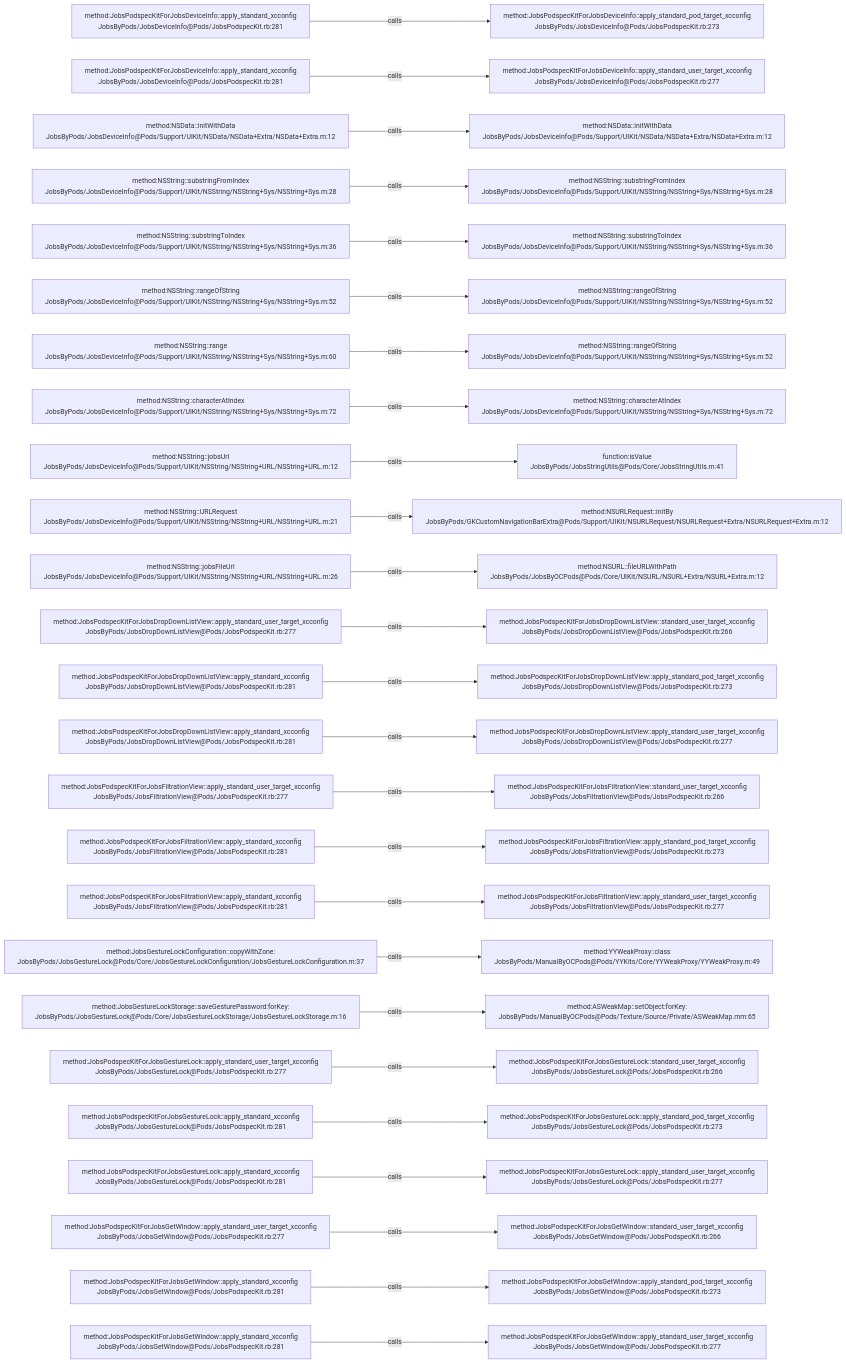
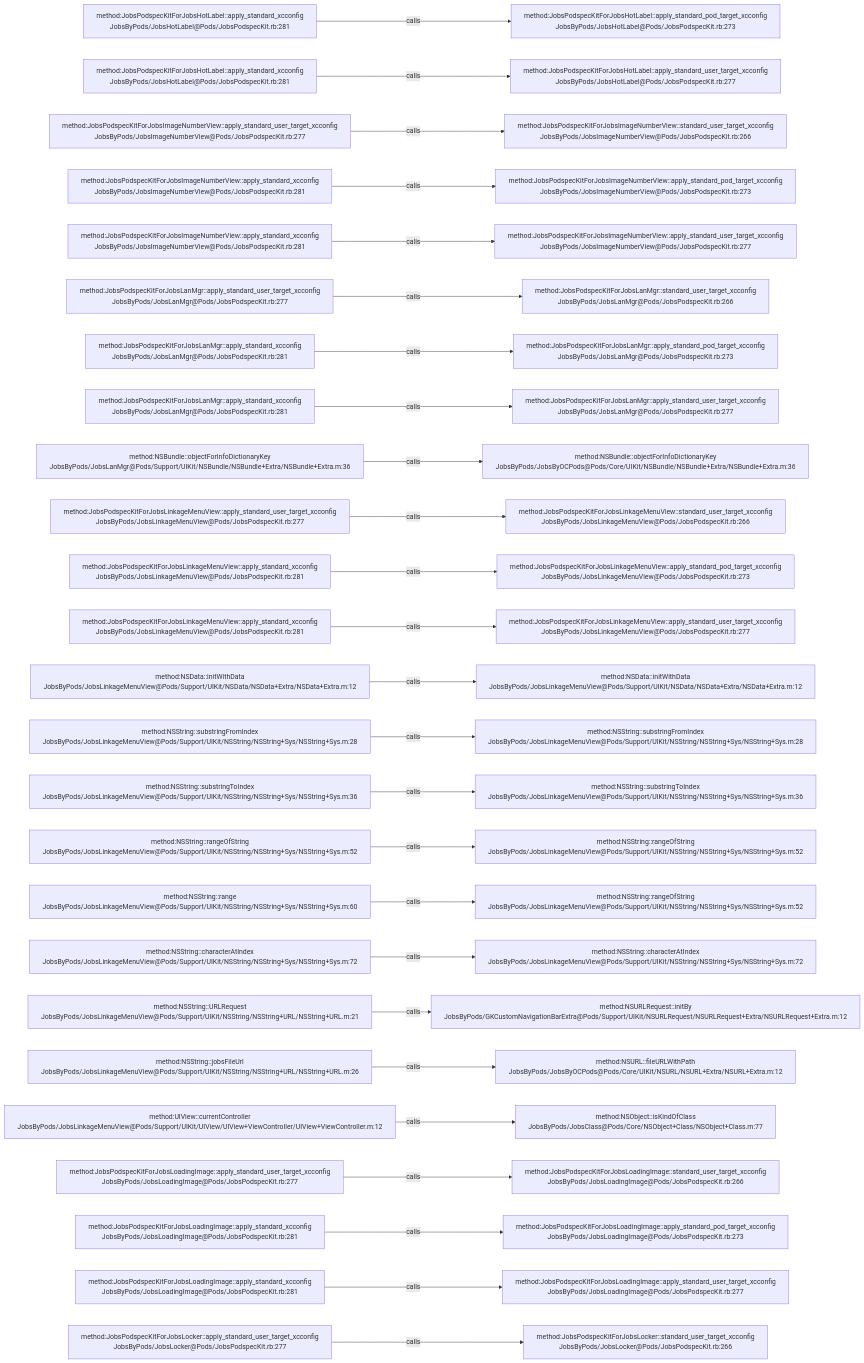
The diagram in .codegraph/codegraph.md/graphs/calls-009.md (JobsKits/JobsOCBaseConfigDemo), drawn with Mermaid before and after one commit. The commit also changed 1353 other files, not shown here.

````diff
--- a/.codegraph/codegraph.md/graphs/calls-009.md
+++ b/.codegraph/codegraph.md/graphs/calls-009.md
@@ -13,78 +13,78 @@
 ```mermaid
 flowchart LR
-  S1["method:JobsPodspecKitForJobsDeviceInfo::apply_standard_xcconfig<br/>JobsByPods/JobsDeviceInfo@Pods/JobsPodspecKit.rb:281"]
-  T1["method:JobsPodspecKitForJobsDeviceInfo::apply_standard_pod_target_xcconfig<br/>JobsByPods/JobsDeviceInfo@Pods/JobsPodspecKit.rb:273"]
+  S1["method:JobsPodspecKitForJobsHotLabel::apply_standard_xcconfig<br/>JobsByPods/JobsHotLabel@Pods/JobsPodspecKit.rb:281"]
+  T1["method:JobsPodspecKitForJobsHotLabel::apply_standard_pod_target_xcconfig<br/>JobsByPods/JobsHotLabel@Pods/JobsPodspecKit.rb:273"]
   S1 -->|calls| T1
-  S2["method:JobsPodspecKitForJobsDeviceInfo::apply_standard_xcconfig<br/>JobsByPods/JobsDeviceInfo@Pods/JobsPodspecKit.rb:281"]
-  T2["method:JobsPodspecKitForJobsDeviceInfo::apply_standard_user_target_xcconfig<br/>JobsByPods/JobsDeviceInfo@Pods/JobsPodspecKit.rb:277"]
+  S2["method:JobsPodspecKitForJobsHotLabel::apply_standard_xcconfig<br/>JobsByPods/JobsHotLabel@Pods/JobsPodspecKit.rb:281"]
+  T2["method:JobsPodspecKitForJobsHotLabel::apply_standard_user_target_xcconfig<br/>JobsByPods/JobsHotLabel@Pods/JobsPodspecKit.rb:277"]
   S2 -->|calls| T2
-  S3["method:NSData::initWithData<br/>JobsByPods/JobsDeviceInfo@Pods/Support/UIKit/NSData/NSData+Extra/NSData+Extra.m:12"]
-  T3["method:NSData::initWithData<br/>JobsByPods/JobsDeviceInfo@Pods/Support/UIKit/NSData/NSData+Extra/NSData+Extra.m:12"]
+  S3["method:JobsPodspecKitForJobsImageNumberView::apply_standard_user_target_xcconfig<br/>JobsByPods/JobsImageNumberView@Pods/JobsPodspecKit.rb:277"]
+  T3["method:JobsPodspecKitForJobsImageNumberView::standard_user_target_xcconfig<br/>JobsByPods/JobsImageNumberView@Pods/JobsPodspecKit.rb:266"]
   S3 -->|calls| T3
-  S4["method:NSString::substringFromIndex<br/>JobsByPods/JobsDeviceInfo@Pods/Support/UIKit/NSString/NSString+Sys/NSString+Sys.m:28"]
-  T4["method:NSString::substringFromIndex<br/>JobsByPods/JobsDeviceInfo@Pods/Support/UIKit/NSString/NSString+Sys/NSString+Sys.m:28"]
+  S4["method:JobsPodspecKitForJobsImageNumberView::apply_standard_xcconfig<br/>JobsByPods/JobsImageNumberView@Pods/JobsPodspecKit.rb:281"]
+  T4["method:JobsPodspecKitForJobsImageNumberView::apply_standard_pod_target_xcconfig<br/>JobsByPods/JobsImageNumberView@Pods/JobsPodspecKit.rb:273"]
   S4 -->|calls| T4
-  S5["method:NSString::substringToIndex<br/>JobsByPods/JobsDeviceInfo@Pods/Support/UIKit/NSString/NSString+Sys/NSString+Sys.m:36"]
-  T5["method:NSString::substringToIndex<br/>JobsByPods/JobsDeviceInfo@Pods/Support/UIKit/NSString/NSString+Sys/NSString+Sys.m:36"]
+  S5["method:JobsPodspecKitForJobsImageNumberView::apply_standard_xcconfig<br/>JobsByPods/JobsImageNumberView@Pods/JobsPodspecKit.rb:281"]
+  T5["method:JobsPodspecKitForJobsImageNumberView::apply_standard_user_target_xcconfig<br/>JobsByPods/JobsImageNumberView@Pods/JobsPodspecKit.rb:277"]
   S5 -->|calls| T5
-  S6["method:NSString::rangeOfString<br/>JobsByPods/JobsDeviceInfo@Pods/Support/UIKit/NSString/NSString+Sys/NSString+Sys.m:52"]
-  T6["method:NSString::rangeOfString<br/>JobsByPods/JobsDeviceInfo@Pods/Support/UIKit/NSString/NSString+Sys/NSString+Sys.m:52"]
+  S6["method:JobsPodspecKitForJobsLanMgr::apply_standard_user_target_xcconfig<br/>JobsByPods/JobsLanMgr@Pods/JobsPodspecKit.rb:277"]
+  T6["method:JobsPodspecKitForJobsLanMgr::standard_user_target_xcconfig<br/>JobsByPods/JobsLanMgr@Pods/JobsPodspecKit.rb:266"]
   S6 -->|calls| T6
-  S7["method:NSString::range<br/>JobsByPods/JobsDeviceInfo@Pods/Support/UIKit/NSString/NSString+Sys/NSString+Sys.m:60"]
-  T7["method:NSString::rangeOfString<br/>JobsByPods/JobsDeviceInfo@Pods/Support/UIKit/NSString/NSString+Sys/NSString+Sys.m:52"]
+  S7["method:JobsPodspecKitForJobsLanMgr::apply_standard_xcconfig<br/>JobsByPods/JobsLanMgr@Pods/JobsPodspecKit.rb:281"]
+  T7["method:JobsPodspecKitForJobsLanMgr::apply_standard_pod_target_xcconfig<br/>JobsByPods/JobsLanMgr@Pods/JobsPodspecKit.rb:273"]
   S7 -->|calls| T7
-  S8["method:NSString::characterAtIndex<br/>JobsByPods/JobsDeviceInfo@Pods/Support/UIKit/NSString/NSString+Sys/NSString+Sys.m:72"]
-  T8["method:NSString::characterAtIndex<br/>JobsByPods/JobsDeviceInfo@Pods/Support/UIKit/NSString/NSString+Sys/NSString+Sys.m:72"]
+  S8["method:JobsPodspecKitForJobsLanMgr::apply_standard_xcconfig<br/>JobsByPods/JobsLanMgr@Pods/JobsPodspecKit.rb:281"]
+  T8["method:JobsPodspecKitForJobsLanMgr::apply_standard_user_target_xcconfig<br/>JobsByPods/JobsLanMgr@Pods/JobsPodspecKit.rb:277"]
   S8 -->|calls| T8
-  S9["method:NSString::jobsUrl<br/>JobsByPods/JobsDeviceInfo@Pods/Support/UIKit/NSString/NSString+URL/NSString+URL.m:12"]
-  T9["function:isValue<br/>JobsByPods/JobsStringUtils@Pods/Core/JobsStringUtils.m:41"]
+  S9["method:NSBundle::objectForInfoDictionaryKey<br/>JobsByPods/JobsLanMgr@Pods/Support/UIKit/NSBundle/NSBundle+Extra/NSBundle+Extra.m:36"]
+  T9["method:NSBundle::objectForInfoDictionaryKey<br/>JobsByPods/JobsByOCPods@Pods/Core/UIKit/NSBundle/NSBundle+Extra/NSBundle+Extra.m:36"]
   S9 -->|calls| T9
-  S10["method:NSString::URLRequest<br/>JobsByPods/JobsDeviceInfo@Pods/Support/UIKit/NSString/NSString+URL/NSString+URL.m:21"]
-  T10["method:NSURLRequest::initBy<br/>JobsByPods/GKCustomNavigationBarExtra@Pods/Support/UIKit/NSURLRequest/NSURLRequest+Extra/NSURLRequest+Extra.m:12"]
+  S10["method:JobsPodspecKitForJobsLinkageMenuView::apply_standard_user_target_xcconfig<br/>JobsByPods/JobsLinkageMenuView@Pods/JobsPodspecKit.rb:277"]
+  T10["method:JobsPodspecKitForJobsLinkageMenuView::standard_user_target_xcconfig<br/>JobsByPods/JobsLinkageMenuView@Pods/JobsPodspecKit.rb:266"]
   S10 -->|calls| T10
-  S11["method:NSString::jobsFileUrl<br/>JobsByPods/JobsDeviceInfo@Pods/Support/UIKit/NSString/NSString+URL/NSString+URL.m:26"]
-  T11["method:NSURL::fileURLWithPath<br/>JobsByPods/JobsByOCPods@Pods/Core/UIKit/NSURL/NSURL+Extra/NSURL+Extra.m:12"]
+  S11["method:JobsPodspecKitForJobsLinkageMenuView::apply_standard_xcconfig<br/>JobsByPods/JobsLinkageMenuView@Pods/JobsPodspecKit.rb:281"]
+  T11["method:JobsPodspecKitForJobsLinkageMenuView::apply_standard_pod_target_xcconfig<br/>JobsByPods/JobsLinkageMenuView@Pods/JobsPodspecKit.rb:273"]
   S11 -->|calls| T11
-  S12["method:JobsPodspecKitForJobsDropDownListView::apply_standard_user_target_xcconfig<br/>JobsByPods/JobsDropDownListView@Pods/JobsPodspecKit.rb:277"]
-  T12["method:JobsPodspecKitForJobsDropDownListView::standard_user_target_xcconfig<br/>JobsByPods/JobsDropDownListView@Pods/JobsPodspecKit.rb:266"]
+  S12["method:JobsPodspecKitForJobsLinkageMenuView::apply_standard_xcconfig<br/>JobsByPods/JobsLinkageMenuView@Pods/JobsPodspecKit.rb:281"]
+  T12["method:JobsPodspecKitForJobsLinkageMenuView::apply_standard_user_target_xcconfig<br/>JobsByPods/JobsLinkageMenuView@Pods/JobsPodspecKit.rb:277"]
   S12 -->|calls| T12
-  S13["method:JobsPodspecKitForJobsDropDownListView::apply_standard_xcconfig<br/>JobsByPods/JobsDropDownListView@Pods/JobsPodspecKit.rb:281"]
-  T13["method:JobsPodspecKitForJobsDropDownListView::apply_standard_pod_target_xcconfig<br/>JobsByPods/JobsDropDownListView@Pods/JobsPodspecKit.rb:273"]
+  S13["method:NSData::initWithData<br/>JobsByPods/JobsLinkageMenuView@Pods/Support/UIKit/NSData/NSData+Extra/NSData+Extra.m:12"]
+  T13["method:NSData::initWithData<br/>JobsByPods/JobsLinkageMenuView@Pods/Support/UIKit/NSData/NSData+Extra/NSData+Extra.m:12"]
   S13 -->|calls| T13
-  S14["method:JobsPodspecKitForJobsDropDownListView::apply_standard_xcconfig<br/>JobsByPods/JobsDropDownListView@Pods/JobsPodspecKit.rb:281"]
-  T14["method:JobsPodspecKitForJobsDropDownListView::apply_standard_user_target_xcconfig<br/>JobsByPods/JobsDropDownListView@Pods/JobsPodspecKit.rb:277"]
+  S14["method:NSString::substringFromIndex<br/>JobsByPods/JobsLinkageMenuView@Pods/Support/UIKit/NSString/NSString+Sys/NSString+Sys.m:28"]
+  T14["method:NSString::substringFromIndex<br/>JobsByPods/JobsLinkageMenuView@Pods/Support/UIKit/NSString/NSString+Sys/NSString+Sys.m:28"]
   S14 -->|calls| T14
-  S15["method:JobsPodspecKitForJobsFiltrationView::apply_standard_user_target_xcconfig<br/>JobsByPods/JobsFiltrationView@Pods/JobsPodspecKit.rb:277"]
-  T15["method:JobsPodspecKitForJobsFiltrationView::standard_user_target_xcconfig<br/>JobsByPods/JobsFiltrationView@Pods/JobsPodspecKit.rb:266"]
+  S15["method:NSString::substringToIndex<br/>JobsByPods/JobsLinkageMenuView@Pods/Support/UIKit/NSString/NSString+Sys/NSString+Sys.m:36"]
+  T15["method:NSString::substringToIndex<br/>JobsByPods/JobsLinkageMenuView@Pods/Support/UIKit/NSString/NSString+Sys/NSString+Sys.m:36"]
   S15 -->|calls| T15
-  S16["method:JobsPodspecKitForJobsFiltrationView::apply_standard_xcconfig<br/>JobsByPods/JobsFiltrationView@Pods/JobsPodspecKit.rb:281"]
-  T16["method:JobsPodspecKitForJobsFiltrationView::apply_standard_pod_target_xcconfig<br/>JobsByPods/JobsFiltrationView@Pods/JobsPodspecKit.rb:273"]
+  S16["method:NSString::rangeOfString<br/>JobsByPods/JobsLinkageMenuView@Pods/Support/UIKit/NSString/NSString+Sys/NSString+Sys.m:52"]
+  T16["method:NSString::rangeOfString<br/>JobsByPods/JobsLinkageMenuView@Pods/Support/UIKit/NSString/NSString+Sys/NSString+Sys.m:52"]
   S16 -->|calls| T16
-  S17["method:JobsPodspecKitForJobsFiltrationView::apply_standard_xcconfig<br/>JobsByPods/JobsFiltrationView@Pods/JobsPodspecKit.rb:281"]
-  T17["method:JobsPodspecKitForJobsFiltrationView::apply_standard_user_target_xcconfig<br/>JobsByPods/JobsFiltrationView@Pods/JobsPodspecKit.rb:277"]
+  S17["method:NSString::range<br/>JobsByPods/JobsLinkageMenuView@Pods/Support/UIKit/NSString/NSString+Sys/NSString+Sys.m:60"]
+  T17["method:NSString::rangeOfString<br/>JobsByPods/JobsLinkageMenuView@Pods/Support/UIKit/NSString/NSString+Sys/NSString+Sys.m:52"]
   S17 -->|calls| T17
-  S18["method:JobsGestureLockConfiguration::copyWithZone:<br/>JobsByPods/JobsGestureLock@Pods/Core/JobsGestureLockConfiguration/JobsGestureLockConfiguration.m:37"]
-  T18["method:YYWeakProxy::class<br/>JobsByPods/ManualByOCPods@Pods/YYKits/Core/YYWeakProxy/YYWeakProxy.m:49"]
+  S18["method:NSString::characterAtIndex<br/>JobsByPods/JobsLinkageMenuView@Pods/Support/UIKit/NSString/NSString+Sys/NSString+Sys.m:72"]
+  T18["method:NSString::characterAtIndex<br/>JobsByPods/JobsLinkageMenuView@Pods/Support/UIKit/NSString/NSString+Sys/NSString+Sys.m:72"]
   S18 -->|calls| T18
-  S19["method:JobsGestureLockStorage::saveGesturePassword:forKey:<br/>JobsByPods/JobsGestureLock@Pods/Core/JobsGestureLockStorage/JobsGestureLockStorage.m:16"]
-  T19["method:ASWeakMap::setObject:forKey:<br/>JobsByPods/ManualByOCPods@Pods/Texture/Source/Private/ASWeakMap.mm:65"]
+  S19["method:NSString::URLRequest<br/>JobsByPods/JobsLinkageMenuView@Pods/Support/UIKit/NSString/NSString+URL/NSString+URL.m:21"]
+  T19["method:NSURLRequest::initBy<br/>JobsByPods/GKCustomNavigationBarExtra@Pods/Support/UIKit/NSURLRequest/NSURLRequest+Extra/NSURLRequest+Extra.m:12"]
   S19 -->|calls| T19
-  S20["method:JobsPodspecKitForJobsGestureLock::apply_standard_user_target_xcconfig<br/>JobsByPods/JobsGestureLock@Pods/JobsPodspecKit.rb:277"]
-  T20["method:JobsPodspecKitForJobsGestureLock::standard_user_target_xcconfig<br/>JobsByPods/JobsGestureLock@Pods/JobsPodspecKit.rb:266"]
+  S20["method:NSString::jobsFileUrl<br/>JobsByPods/JobsLinkageMenuView@Pods/Support/UIKit/NSString/NSString+URL/NSString+URL.m:26"]
+  T20["method:NSURL::fileURLWithPath<br/>JobsByPods/JobsByOCPods@Pods/Core/UIKit/NSURL/NSURL+Extra/NSURL+Extra.m:12"]
   S20 -->|calls| T20
-  S21["method:JobsPodspecKitForJobsGestureLock::apply_standard_xcconfig<br/>JobsByPods/JobsGestureLock@Pods/JobsPodspecKit.rb:281"]
-  T21["method:JobsPodspecKitForJobsGestureLock::apply_standard_pod_target_xcconfig<br/>JobsByPods/JobsGestureLock@Pods/JobsPodspecKit.rb:273"]
+  S21["method:UIView::currentController<br/>JobsByPods/JobsLinkageMenuView@Pods/Support/UIKit/UIView/UIView+ViewController/UIView+ViewController.m:12"]
+  T21["method:NSObject::isKindOfClass<br/>JobsByPods/JobsClass@Pods/Core/NSObject+Class/NSObject+Class.m:77"]
   S21 -->|calls| T21
-  S22["method:JobsPodspecKitForJobsGestureLock::apply_standard_xcconfig<br/>JobsByPods/JobsGestureLock@Pods/JobsPodspecKit.rb:281"]
-  T22["method:JobsPodspecKitForJobsGestureLock::apply_standard_user_target_xcconfig<br/>JobsByPods/JobsGestureLock@Pods/JobsPodspecKit.rb:277"]
+  S22["method:JobsPodspecKitForJobsLoadingImage::apply_standard_user_target_xcconfig<br/>JobsByPods/JobsLoadingImage@Pods/JobsPodspecKit.rb:277"]
+  T22["method:JobsPodspecKitForJobsLoadingImage::standard_user_target_xcconfig<br/>JobsByPods/JobsLoadingImage@Pods/JobsPodspecKit.rb:266"]
   S22 -->|calls| T22
-  S23["method:JobsPodspecKitForJobsGetWindow::apply_standard_user_target_xcconfig<br/>JobsByPods/JobsGetWindow@Pods/JobsPodspecKit.rb:277"]
-  T23["method:JobsPodspecKitForJobsGetWindow::standard_user_target_xcconfig<br/>JobsByPods/JobsGetWindow@Pods/JobsPodspecKit.rb:266"]
+  S23["method:JobsPodspecKitForJobsLoadingImage::apply_standard_xcconfig<br/>JobsByPods/JobsLoadingImage@Pods/JobsPodspecKit.rb:281"]
+  T23["method:JobsPodspecKitForJobsLoadingImage::apply_standard_pod_target_xcconfig<br/>JobsByPods/JobsLoadingImage@Pods/JobsPodspecKit.rb:273"]
   S23 -->|calls| T23
-  S24["method:JobsPodspecKitForJobsGetWindow::apply_standard_xcconfig<br/>JobsByPods/JobsGetWindow@Pods/JobsPodspecKit.rb:281"]
-  T24["method:JobsPodspecKitForJobsGetWindow::apply_standard_pod_target_xcconfig<br/>JobsByPods/JobsGetWindow@Pods/JobsPodspecKit.rb:273"]
+  S24["method:JobsPodspecKitForJobsLoadingImage::apply_standard_xcconfig<br/>JobsByPods/JobsLoadingImage@Pods/JobsPodspecKit.rb:281"]
+  T24["method:JobsPodspecKitForJobsLoadingImage::apply_standard_user_target_xcconfig<br/>JobsByPods/JobsLoadingImage@Pods/JobsPodspecKit.rb:277"]
   S24 -->|calls| T24
-  S25["method:JobsPodspecKitForJobsGetWindow::apply_standard_xcconfig<br/>JobsByPods/JobsGetWindow@Pods/JobsPodspecKit.rb:281"]
-  T25["method:JobsPodspecKitForJobsGetWindow::apply_standard_user_target_xcconfig<br/>JobsByPods/JobsGetWindow@Pods/JobsPodspecKit.rb:277"]
+  S25["method:JobsPodspecKitForJobsLocker::apply_standard_user_target_xcconfig<br/>JobsByPods/JobsLocker@Pods/JobsPodspecKit.rb:277"]
+  T25["method:JobsPodspecKitForJobsLocker::standard_user_target_xcconfig<br/>JobsByPods/JobsLocker@Pods/JobsPodspecKit.rb:266"]
   S25 -->|calls| T25
 ```
````
